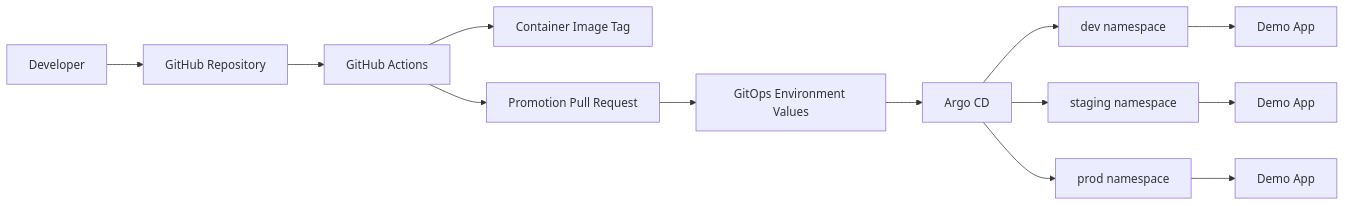
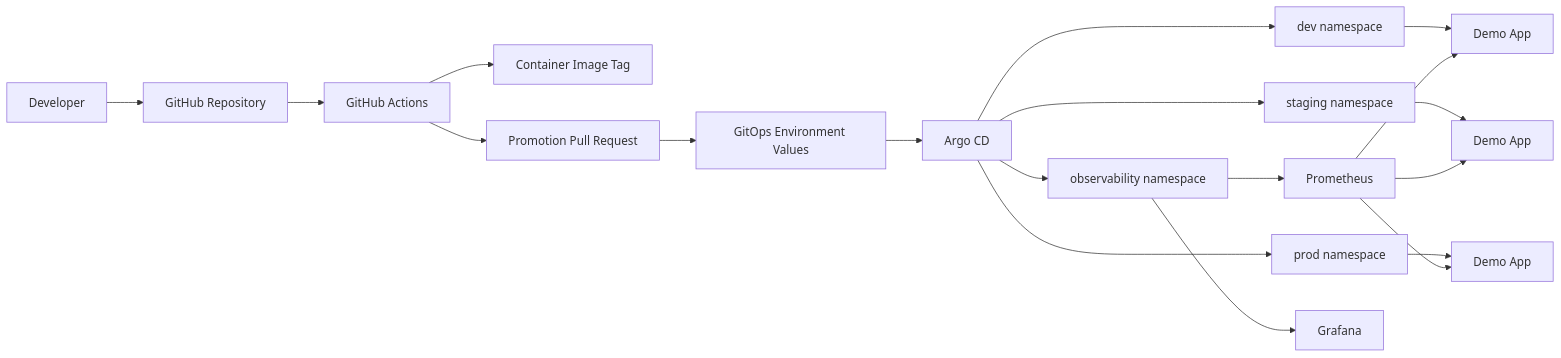
Before and after one commit to krishna310301/cloudops-gitops-platform: the diagram in README.md, drawn with Mermaid. The commit also changed other lines of this file and 33 other files, not shown here.

````diff
--- a/README.md
+++ b/README.md
@@ -46,15 +57,21 @@
 ```mermaid
 flowchart LR
     dev["Developer"] --> repo["GitHub Repository"]
     repo --> gha["GitHub Actions"]
     gha --> image["Container Image Tag"]
     gha --> pr["Promotion Pull Request"]
     pr --> envs["GitOps Environment Values"]
     envs --> argocd["Argo CD"]
     argocd --> nsdev["dev namespace"]
     argocd --> nsstg["staging namespace"]
     argocd --> nsprod["prod namespace"]
+    argocd --> nsobs["observability namespace"]
     nsdev --> appdev["Demo App"]
     nsstg --> appstg["Demo App"]
     nsprod --> appprod["Demo App"]
+    nsobs --> prom["Prometheus"]
+    nsobs --> graf["Grafana"]
+    prom --> appdev
+    prom --> appstg
+    prom --> appprod
 ```
````
